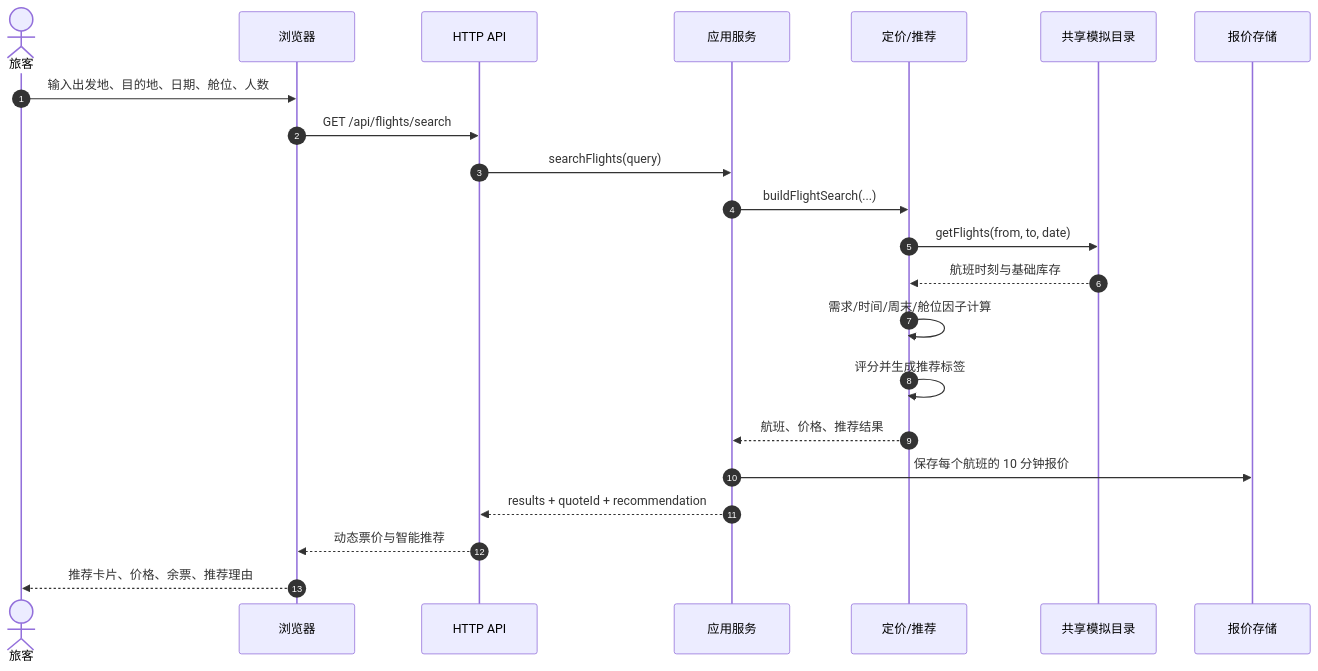
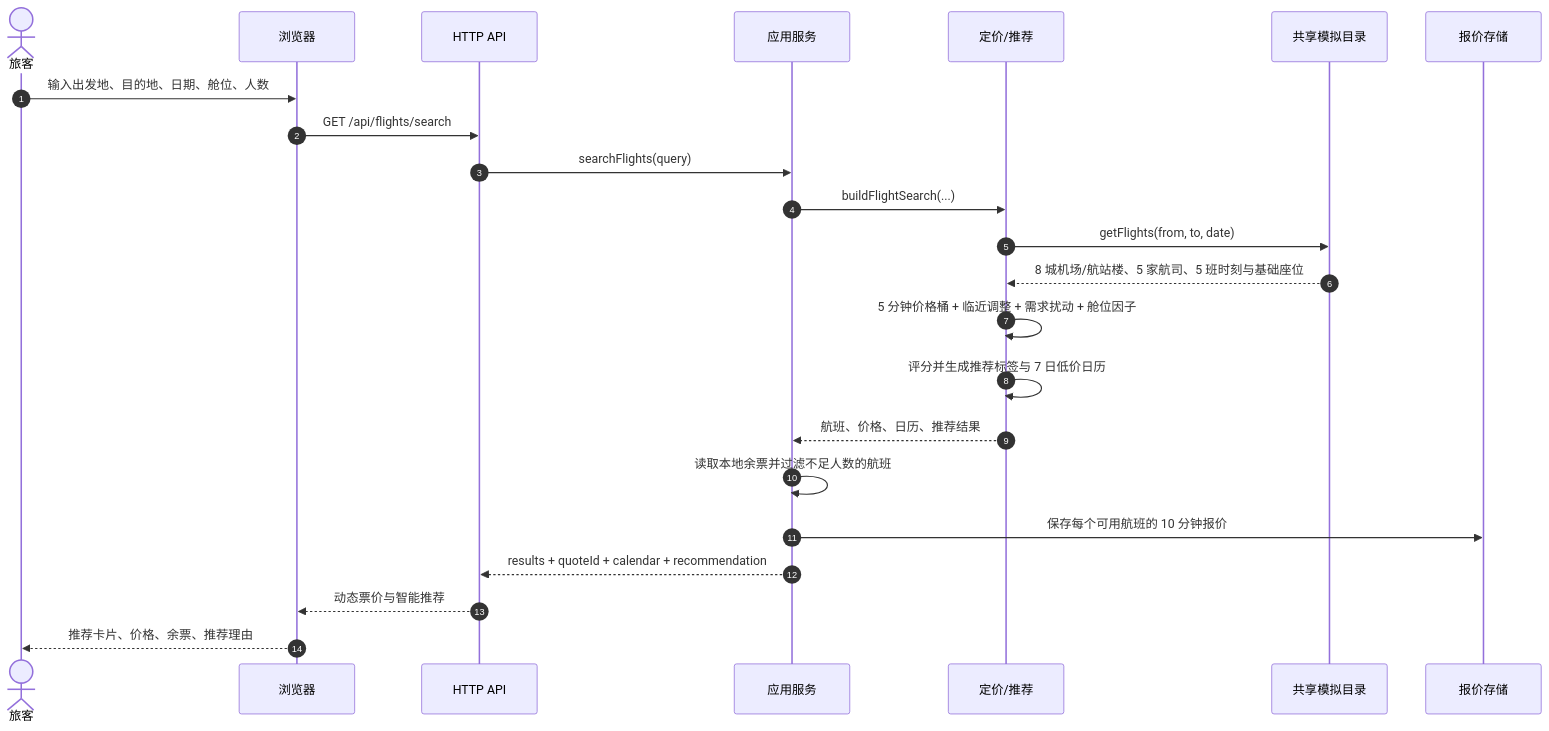
One commit to lonelyhty/hebut-xiecheng-se24 changed the third of 6 diagrams in docs/design.md. Above: the diagram before and after it, drawn with Mermaid. The commit also changed other lines of this file and 24 other files, not shown here.

````diff
--- a/docs/design.md
+++ b/docs/design.md
@@ -121,25 +125,26 @@
 ```mermaid
 sequenceDiagram
   autonumber
   actor Traveler as 旅客
   participant Web as 浏览器
   participant API as HTTP API
   participant Service as 应用服务
   participant Pricing as 定价/推荐
   participant Catalog as 共享模拟目录
   participant Quotes as 报价存储
 
   Traveler->>Web: 输入出发地、目的地、日期、舱位、人数
   Web->>API: GET /api/flights/search
   API->>Service: searchFlights(query)
   Service->>Pricing: buildFlightSearch(...)
   Pricing->>Catalog: getFlights(from, to, date)
-  Catalog-->>Pricing: 航班时刻与基础库存
-  Pricing->>Pricing: 需求/时间/周末/舱位因子计算
-  Pricing->>Pricing: 评分并生成推荐标签
-  Pricing-->>Service: 航班、价格、推荐结果
-  Service->>Quotes: 保存每个航班的 10 分钟报价
-  Service-->>API: results + quoteId + recommendation
+  Catalog-->>Pricing: 8 城机场/航站楼、5 家航司、5 班时刻与基础座位
+  Pricing->>Pricing: 5 分钟价格桶 + 临近调整 + 需求扰动 + 舱位因子
+  Pricing->>Pricing: 评分并生成推荐标签与 7 日低价日历
+  Pricing-->>Service: 航班、价格、日历、推荐结果
+  Service->>Service: 读取本地余票并过滤不足人数的航班
+  Service->>Quotes: 保存每个可用航班的 10 分钟报价
+  Service-->>API: results + quoteId + calendar + recommendation
   API-->>Web: 动态票价与智能推荐
   Web-->>Traveler: 推荐卡片、价格、余票、推荐理由
 ```
````
